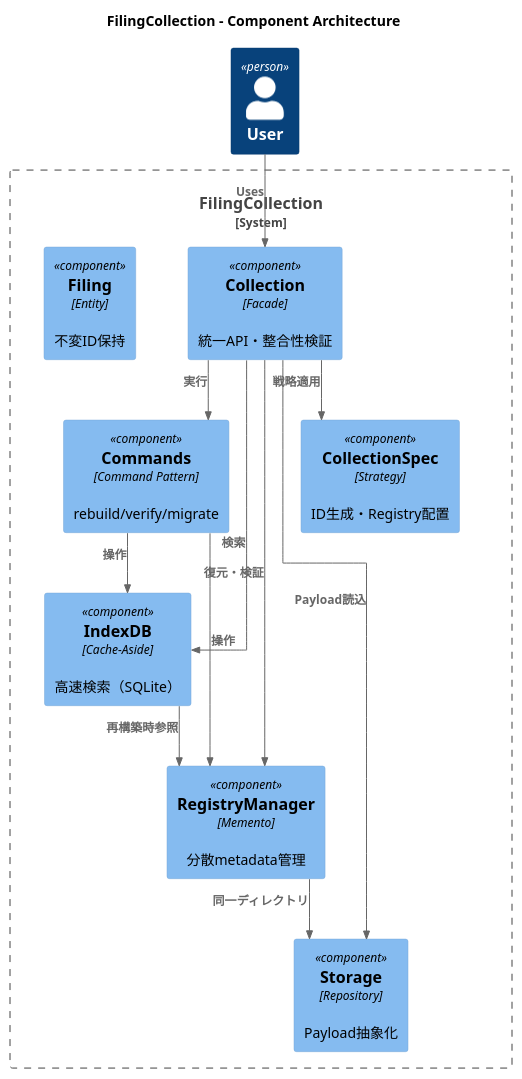
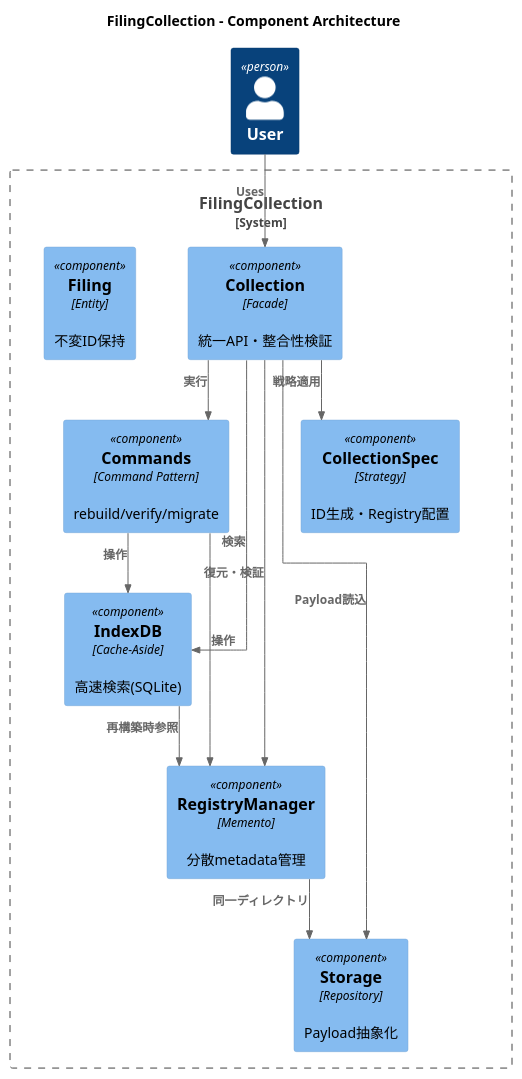
The diagram in docs/collection/component_collection.puml (fino-dev/fino-filing), drawn with PlantUML before and after one commit. The commit also changed 14 other files, not shown here.

```diff
--- a/docs/collection/component_collection.puml
+++ b/docs/collection/component_collection.puml
@@ -1,37 +1,37 @@
 @startuml FilingCollection Architecture
 !include https://raw.githubusercontent.com/plantuml-stdlib/C4-PlantUML/master/C4_Component.puml
 
 title FilingCollection - Component Architecture
 
 skinparam linetype ortho
 skinparam classAttributeIconSize 0
 skinparam packageStyle rectangle
 
 Person(user, "User")
 
 System_Boundary(collection, "FilingCollection") {
     Component(facade, "Collection", "Facade", "統一API・整合性検証")
     
-    Component(index, "IndexDB", "Cache-Aside", "高速検索（SQLite）")
+    Component(index, "IndexDB", "Cache-Aside", "高速検索(SQLite)")
     Component(registry, "RegistryManager", "Memento", "分散metadata管理")
     Component(storage, "Storage", "Repository", "Payload抽象化")
     
     Component(spec, "CollectionSpec", "Strategy", "ID生成・Registry配置")
     Component(filing, "Filing", "Entity", "不変ID保持")
     
     Component(commands, "Commands", "Command Pattern", "rebuild/verify/migrate")
 }
 
 Rel(user, facade, "Uses")
 Rel(facade, index, "検索")
 Rel(facade, registry, "復元・検証")
 Rel(facade, storage, "Payload読込")
 Rel(facade, spec, "戦略適用")
 Rel(facade, commands, "実行")
 
 Rel(index, registry, "再構築時参照")
 Rel(registry, storage, "同一ディレクトリ")
 Rel(commands, index, "操作")
 Rel(commands, registry, "操作")
 
 @enduml
```
